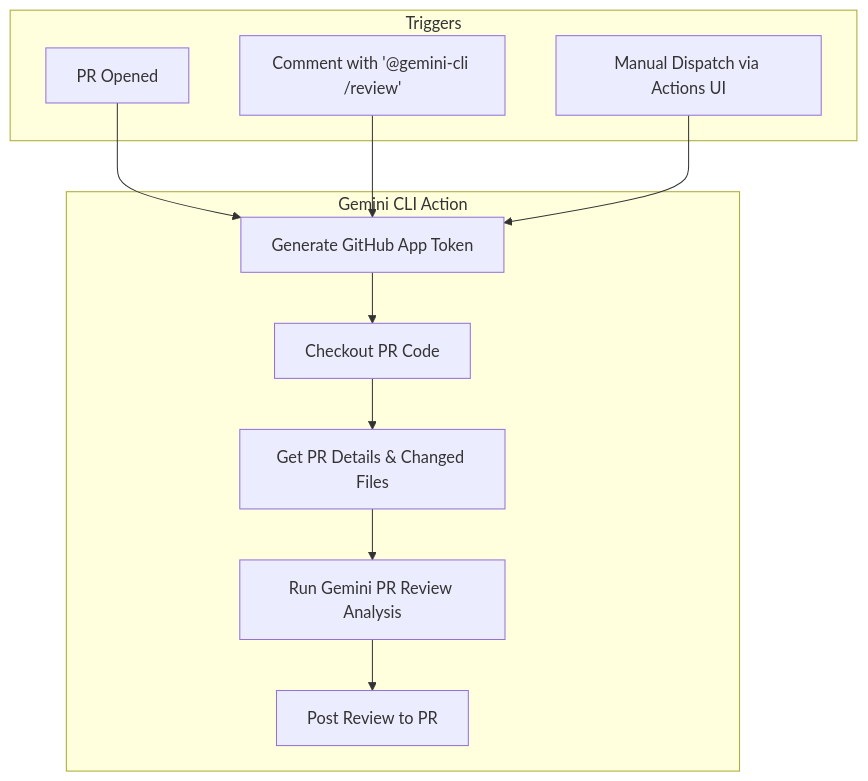
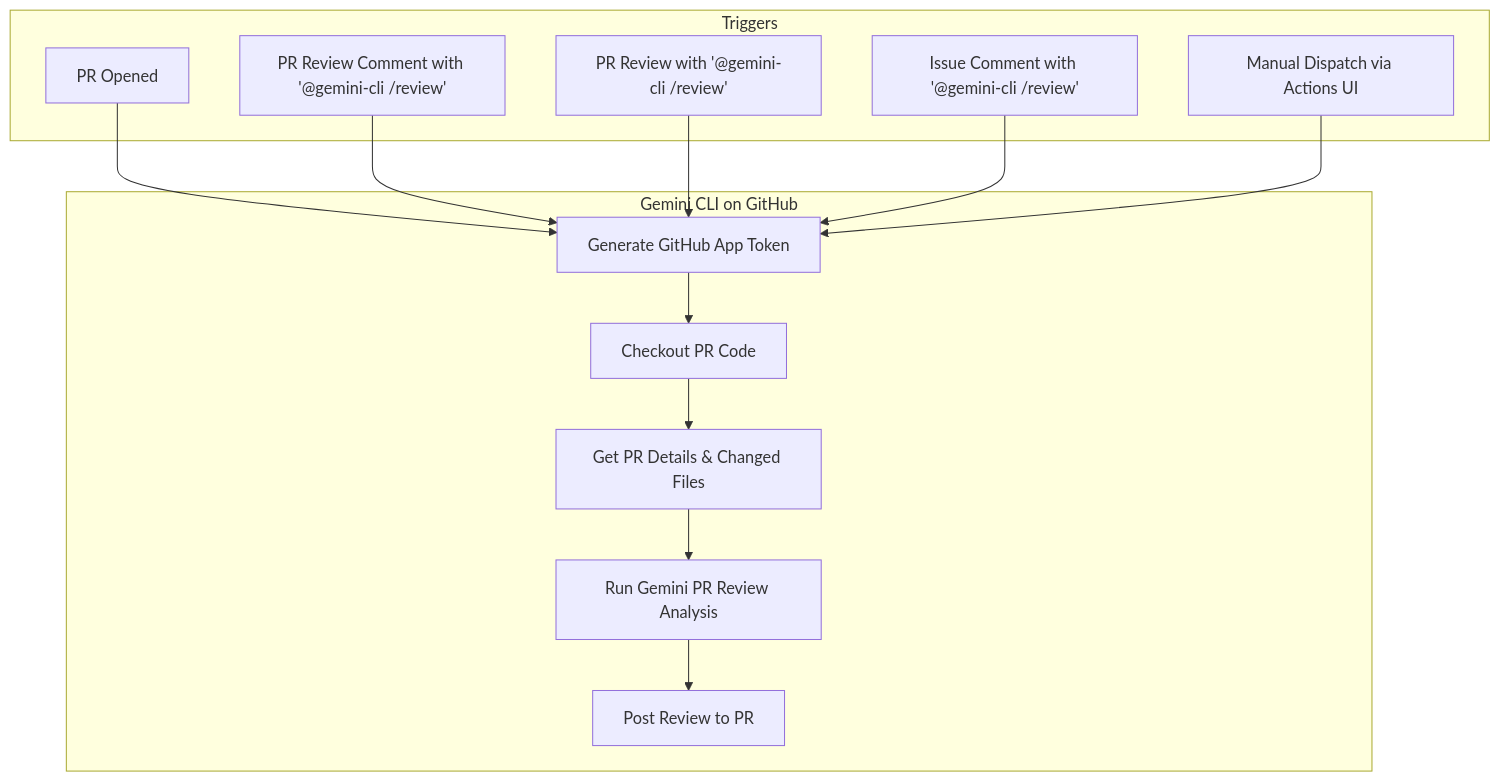
Before and after one commit to google-gemini/gemini-cli-action: the diagram in docs/pr-review.md, drawn with Mermaid. The commit also changed other lines of this file and 2 other files, not shown here.

Commit message:
complete triggers for pr reviews

````diff
--- a/docs/pr-review.md
+++ b/docs/pr-review.md
@@ -35,24 +72,28 @@
 ```mermaid
-graph TD
-    subgraph "Triggers"
+flowchart TD
+    subgraph Triggers
         A[PR Opened]
-        B[Comment with '@gemini-cli /review']
-        C[Manual Dispatch via Actions UI]
+        B[PR Review Comment with '@gemini-cli /review']
+        C[PR Review with '@gemini-cli /review']
+        D[Issue Comment with '@gemini-cli /review']
+        E[Manual Dispatch via Actions UI]
     end
 
-    subgraph "Gemini CLI Action"
-        D[Generate GitHub App Token]
-        E[Checkout PR Code]
-        F[Get PR Details & Changed Files]
-        G[Run Gemini PR Review Analysis]
-        H[Post Review to PR]
+    subgraph "Gemini CLI on GitHub"
+        F[Generate GitHub App Token]
+        G[Checkout PR Code]
+        H[Get PR Details & Changed Files]
+        I[Run Gemini PR Review Analysis]
+        J[Post Review to PR]
     end
-    
-    A --> D
-    B --> D
-    C --> D
-    D --> E
+
+    A --> F
+    B --> F
+    C --> F
+    D --> F
     E --> F
     F --> G
     G --> H
+    H --> I
+    I --> J
 ```
````
